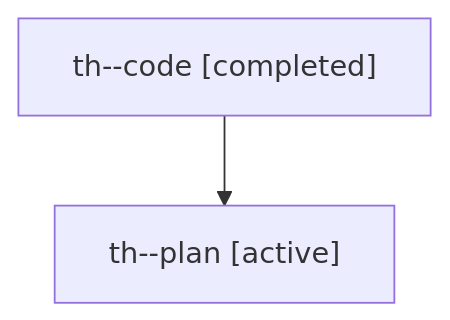
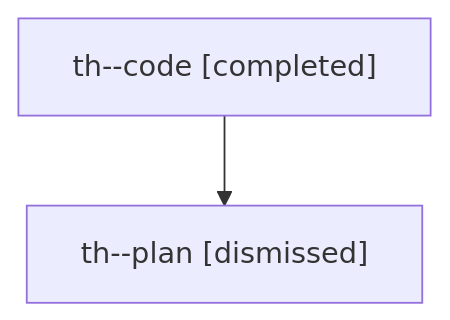
The diagram in sessions/bbugyi200.athena.th.md (sase-org/sase--agents), drawn with Mermaid before and after one commit. The commit also changed other lines of this file and 18 other files, not shown here.

````diff
--- a/sessions/bbugyi200.athena.th.md
+++ b/sessions/bbugyi200.athena.th.md
@@ -9,6 +9,6 @@
 ```mermaid
 flowchart TD
   n0["th--code [completed]"]
-  n1["th--plan [active]"]
+  n1["th--plan [dismissed]"]
   n0 --> n1
 ```
````
